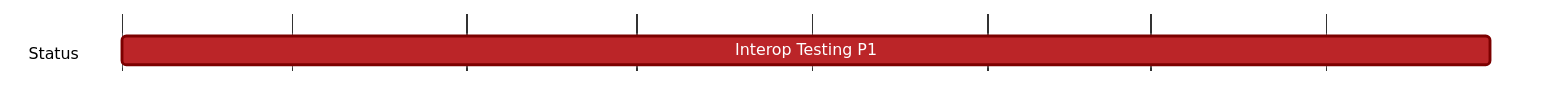
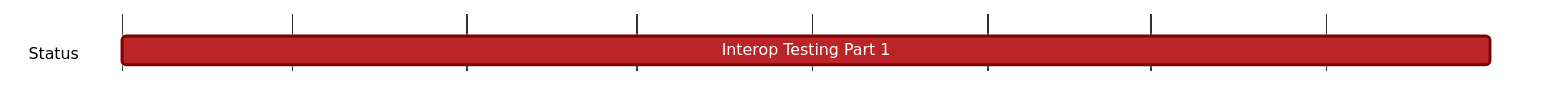
The diagram in content/vac/qa/g/waku/interop-testing.md (logos-co/roadmap), drawn with Mermaid before and after one commit.

````diff
--- a/content/vac/qa/g/waku/interop-testing.md
+++ b/content/vac/qa/g/waku/interop-testing.md
@@ -7,20 +7,20 @@
 ```mermaid
 %%{ 
   init: { 
     'theme': 'base', 
     'themeVariables': { 
       'primaryColor': '#BB2528', 
       'primaryTextColor': '#fff', 
       'primaryBorderColor': '#7C0000', 
       'lineColor': '#F8B229', 
       'secondaryColor': '#006100', 
       'tertiaryColor': '#fff' 
     } 
   } 
 }%%
 gantt
   tickInterval 1month
   dateFormat YYYY-MM-DD 
   section Status
-    Interop Testing P1:  2023-09-01, 2024-04-30
+    Interop Testing Part 1:  2023-09-01, 2024-04-30
 ```
````
